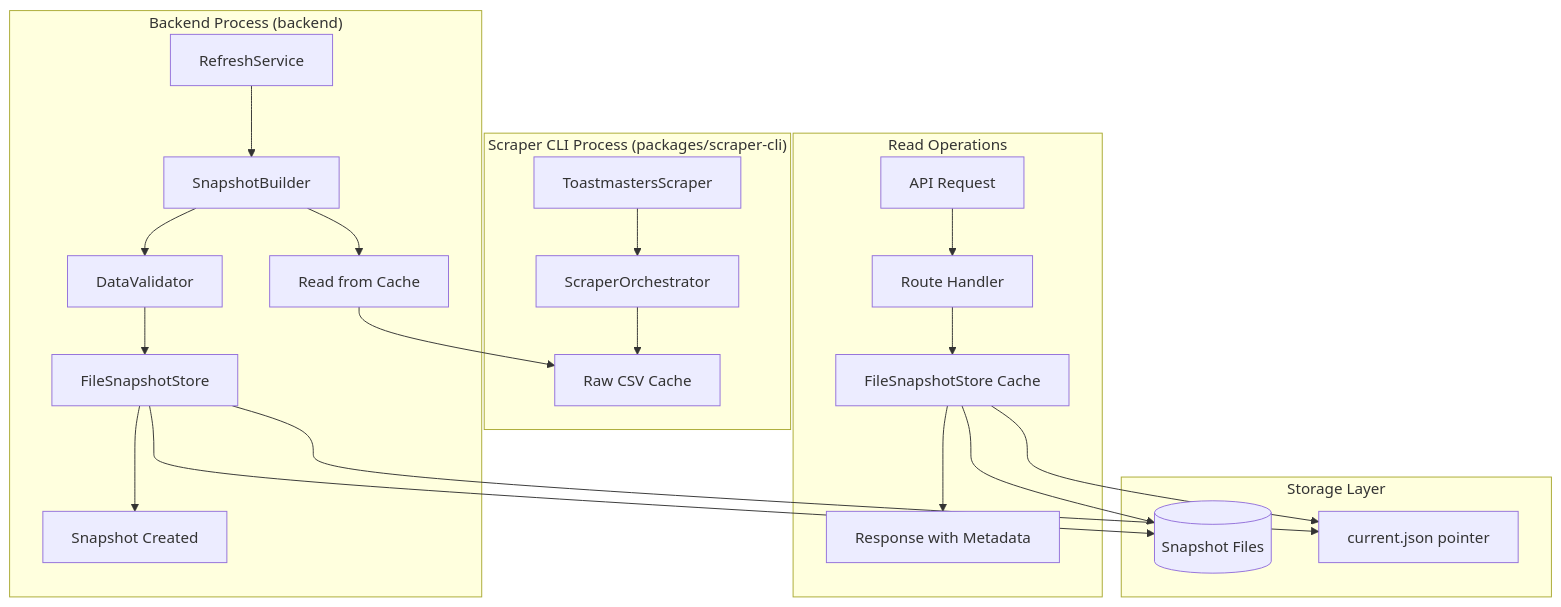
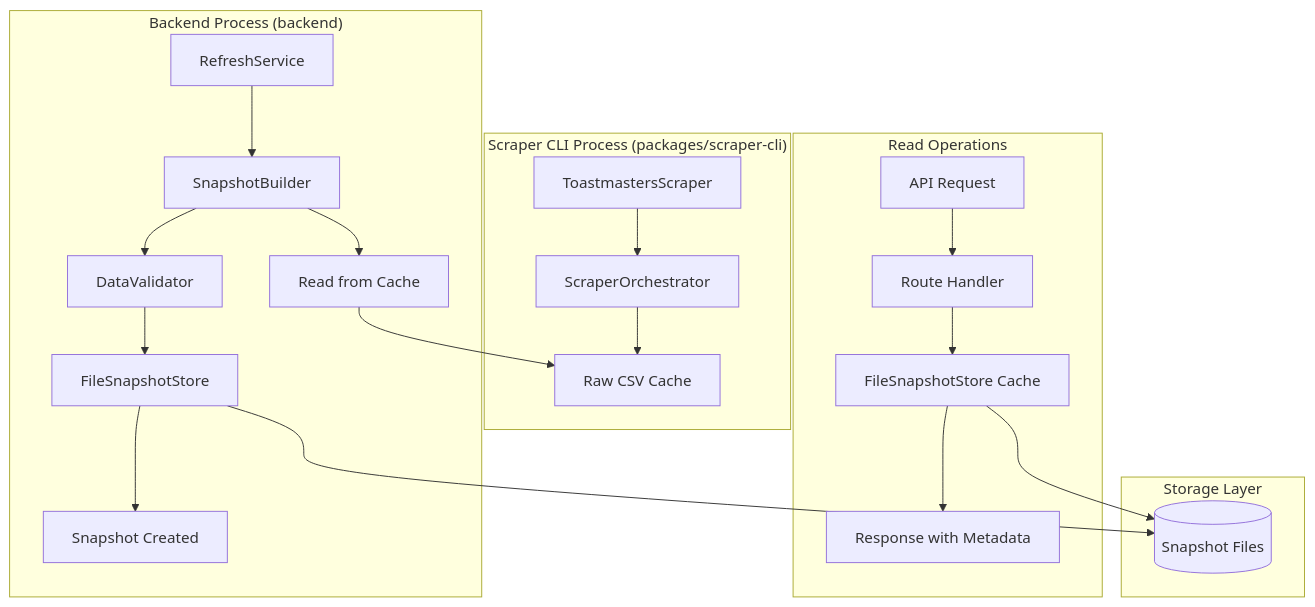
The first of 3 diagrams in docs/BACKEND_ARCHITECTURE.md (rservant/toast-stats), drawn with Mermaid before and after one commit. The commit also changed other lines of this file and 47 other files, not shown here.

````diff
--- a/docs/BACKEND_ARCHITECTURE.md
+++ b/docs/BACKEND_ARCHITECTURE.md
@@ -67,32 +67,29 @@
 ```mermaid
 graph TB
     subgraph "Scraper CLI Process (packages/scraper-cli)"
         A[ToastmastersScraper] --> B[ScraperOrchestrator]
         B --> C[Raw CSV Cache]
     end
 
     subgraph "Backend Process (backend)"
         D[RefreshService] --> E[SnapshotBuilder]
         E --> F[Read from Cache]
         F --> C
         E --> G[DataValidator]
         G --> H[FileSnapshotStore]
         H --> I[Snapshot Created]
     end
 
     subgraph "Read Operations"
         J[API Request] --> K[Route Handler]
         K --> L[FileSnapshotStore Cache]
         L --> M[Response with Metadata]
     end
 
     subgraph "Storage Layer"
         N[(Snapshot Files)]
-        O[current.json pointer]
     end
 
     H --> N
-    H --> O
-    L --> O
     L --> N
 ```
````
